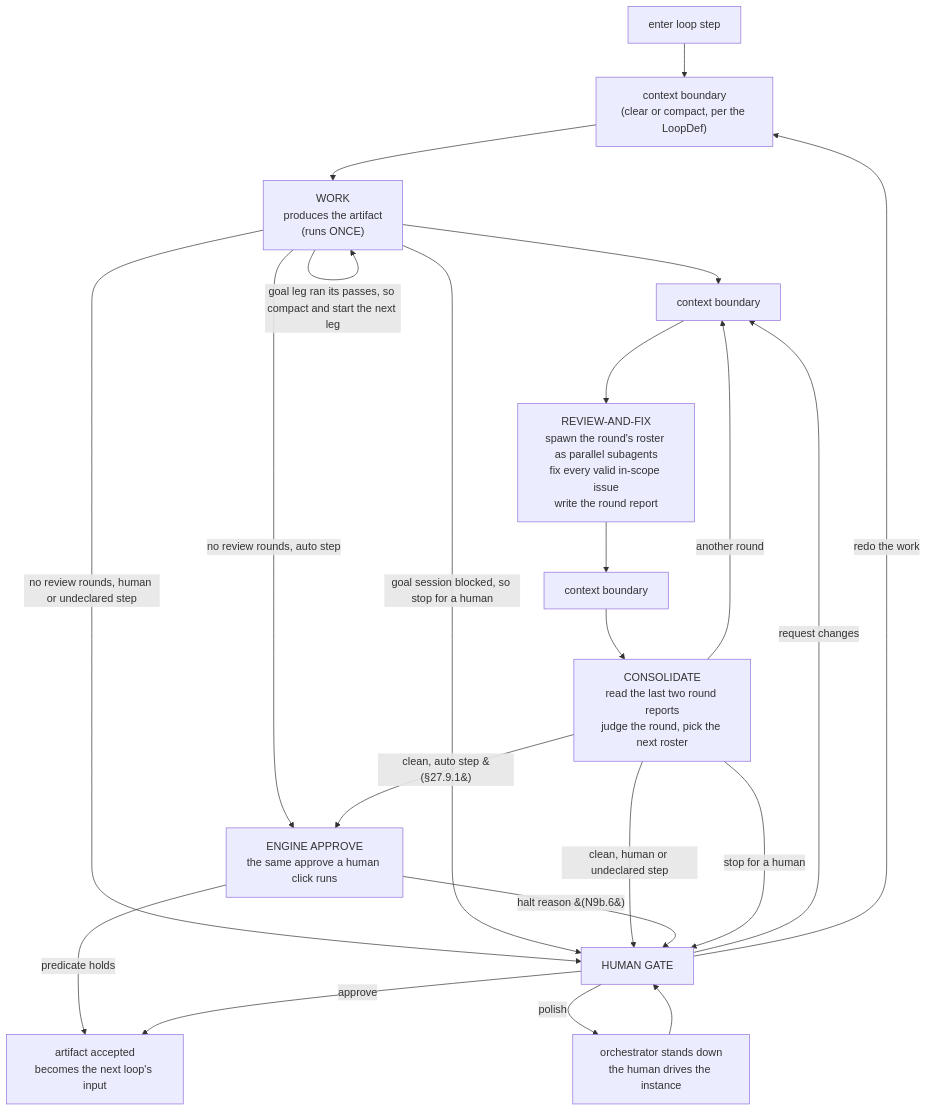
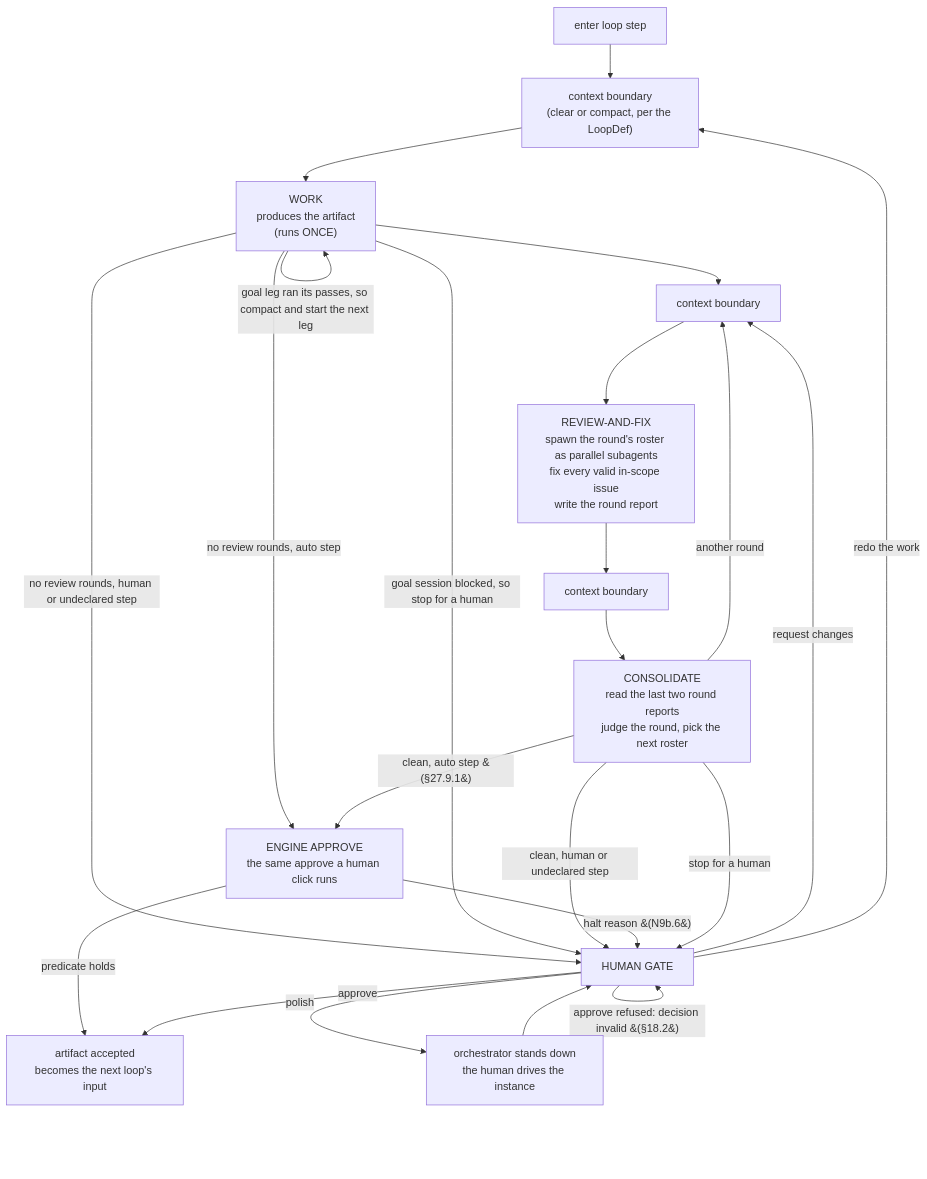
The first of 3 diagrams in docs/spec/27-in-terminal-loop-engine-the-live-design.md (dylanb/agent-terminal), drawn with Mermaid before and after one commit. The commit also changed other lines of this file and 90 other files, not shown here.

First line of the commit message:
feat(flow): let a flow take a different path depending on what an earlier step decided (#68)

````diff
--- a/docs/spec/27-in-terminal-loop-engine-the-live-design.md
+++ b/docs/spec/27-in-terminal-loop-engine-the-live-design.md
@@ -25,24 +25,25 @@
 ```mermaid
 flowchart TD
   START["enter loop step"] --> B0["context boundary<br/>(clear or compact, per the LoopDef)"]
   B0 --> WORK["WORK<br/>produces the artifact<br/>(runs ONCE)"]
   WORK --> B1["context boundary"]
   WORK -->|"no review rounds, human or undeclared step"| GATE
   WORK -->|"no review rounds, auto step"| ENGINE
   WORK -->|"goal leg ran its passes, so compact and start the next leg"| WORK
   WORK -->|"goal session blocked, so stop for a human"| GATE
   B1 --> RF["REVIEW-AND-FIX<br/>spawn the round's roster as parallel subagents<br/>fix every valid in-scope issue<br/>write the round report"]
   RF --> B2["context boundary"]
   B2 --> CONS["CONSOLIDATE<br/>read the last two round reports<br/>judge the round, pick the next roster"]
   CONS -->|"another round"| B1
   CONS -->|"clean, human or undeclared step"| GATE["HUMAN GATE"]
   CONS -->|"clean, auto step &#40;§27.9.1&#41;"| ENGINE["ENGINE APPROVE<br/>the same approve a human click runs"]
   ENGINE -->|"predicate holds"| DONE
   ENGINE -->|"halt reason &#40;N9b.6&#41;"| GATE
   CONS -->|"stop for a human"| GATE
   GATE -->|"request changes"| B1
   GATE -->|"redo the work"| B0
   GATE -->|"approve"| DONE["artifact accepted<br/>becomes the next loop's input"]
+  GATE -->|"approve refused: decision invalid &#40;§18.2&#41;"| GATE
   GATE -->|"polish"| POLISH["orchestrator stands down<br/>the human drives the instance"]
   POLISH --> GATE
 ```
````
